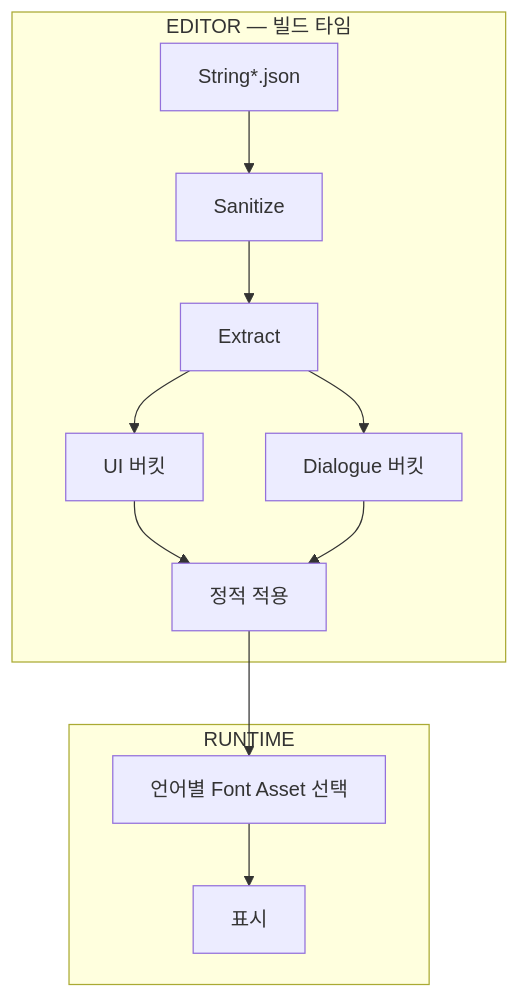
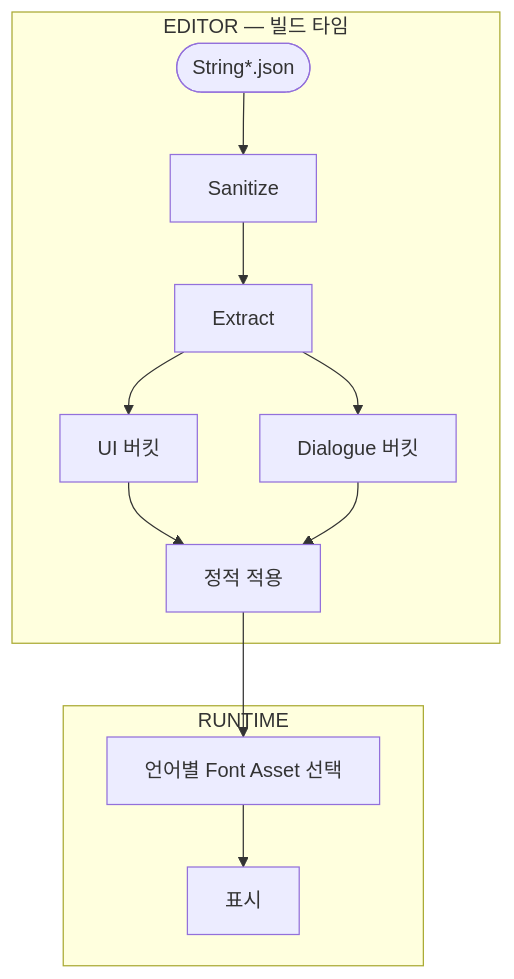
One commit to monet5379/monet5379.github.io changed the diagram in notes/tmp-static-font-atlas.md. Above: the diagram before and after it, drawn with Mermaid. The commit also changed 4 other files, not shown here.

Commit message:
fix(notes): 엔진·문제해결 Mermaid visual · excel-json 캡션

````diff
--- a/notes/tmp-static-font-atlas.md
+++ b/notes/tmp-static-font-atlas.md
@@ -59,17 +59,18 @@
 ```mermaid
 flowchart TD
   subgraph EDITOR["EDITOR — 빌드 타임"]
-    A["String*.json"] --> B["Sanitize"]
+    A(["String*.json"])
+    A --> B["Sanitize"]
     B --> C["Extract"]
     C --> D["UI 버킷"]
     C --> E["Dialogue 버킷"]
     D --> F["정적 적용"]
     E --> F
   end
 
   subgraph RUNTIME["RUNTIME"]
     G["언어별 Font Asset 선택"] --> H["표시"]
   end
 
   F --> G
 ```
````
